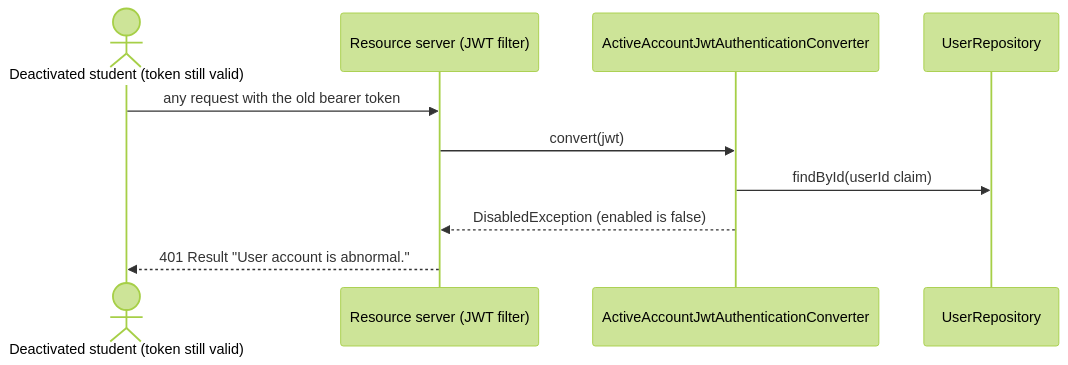
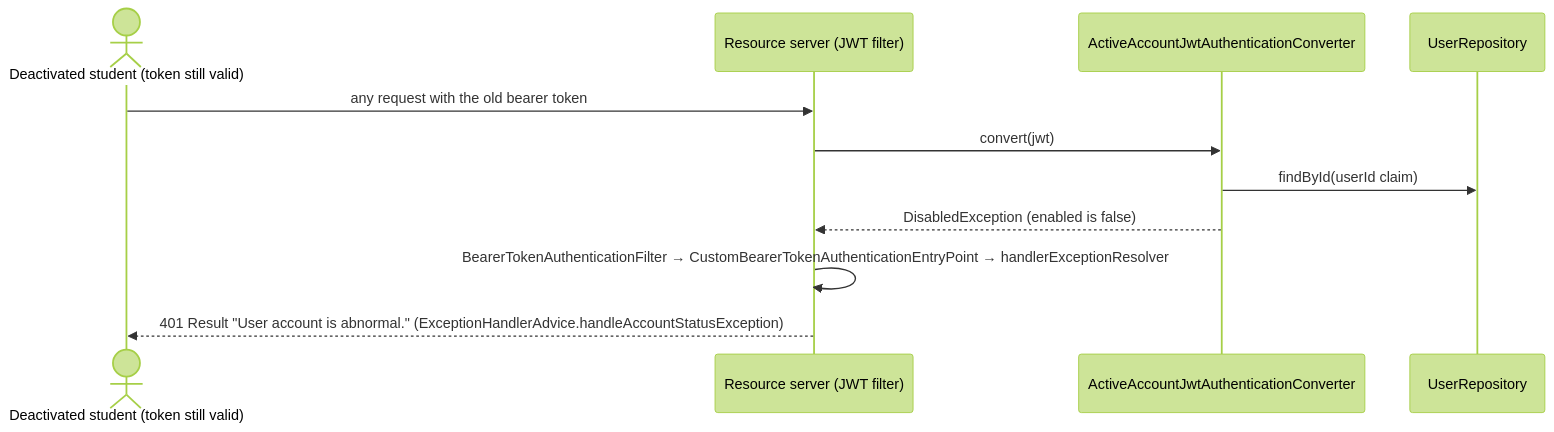
Before and after one commit to joshua-stephen-mullins/add-a-use-case: the third of 3 diagrams in docs/design/stu.md, drawn with Mermaid (forest theme). The commit also changed other lines of this file, not shown here.

````diff
--- a/docs/design/stu.md
+++ b/docs/design/stu.md
@@ -97,12 +95,13 @@
 ```mermaid
 sequenceDiagram
     actor S as Deactivated student (token still valid)
     participant RS as Resource server (JWT filter)
     participant C as ActiveAccountJwtAuthenticationConverter
     participant UR as UserRepository
     S->>RS: any request with the old bearer token
     RS->>C: convert(jwt)
     C->>UR: findById(userId claim)
     C-->>RS: DisabledException (enabled is false)
-    RS-->>S: 401 Result "User account is abnormal."
+    RS->>RS: BearerTokenAuthenticationFilter → CustomBearerTokenAuthenticationEntryPoint → handlerExceptionResolver
+    RS-->>S: 401 Result "User account is abnormal." (ExceptionHandlerAdvice.handleAccountStatusException)
 ```
````
